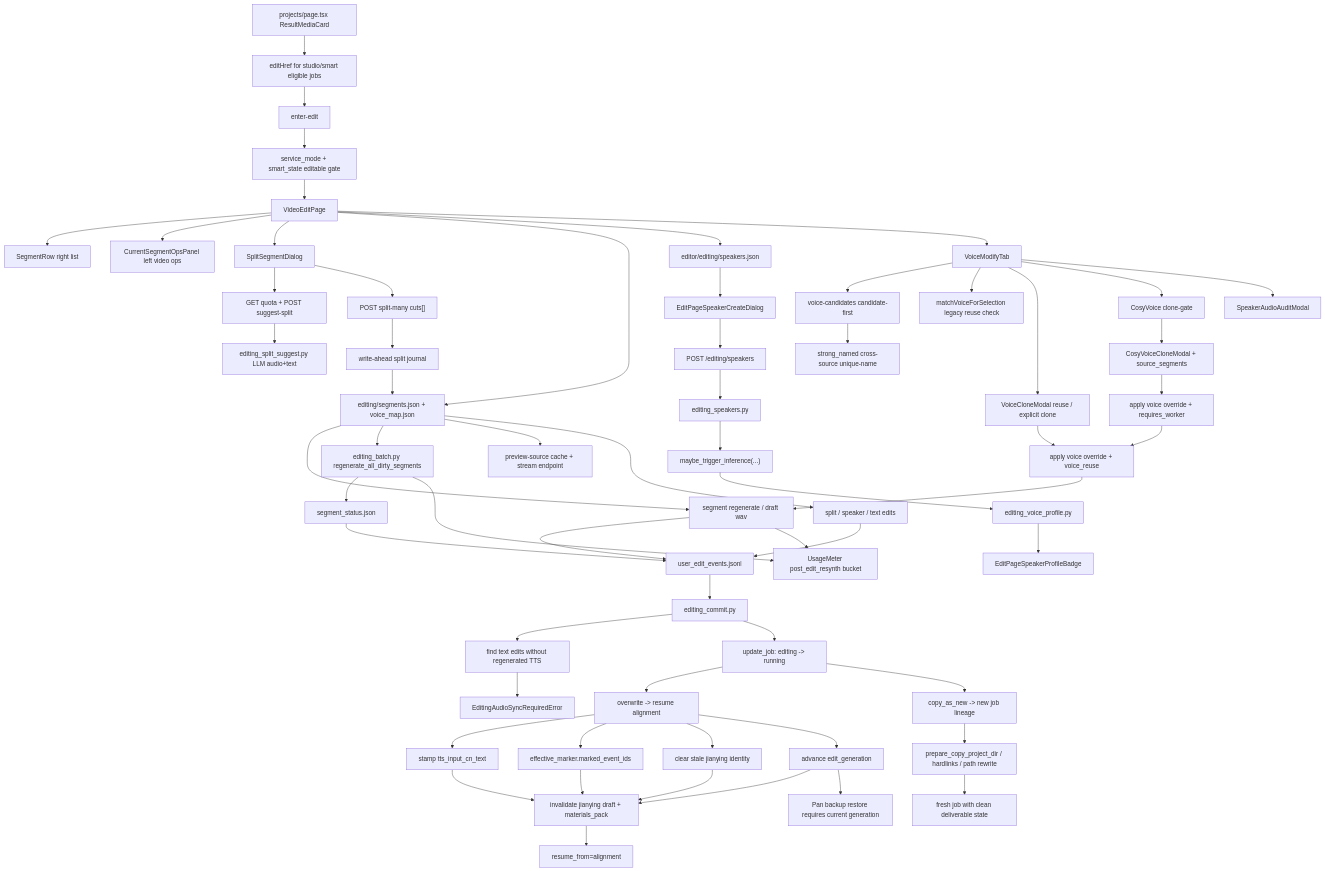
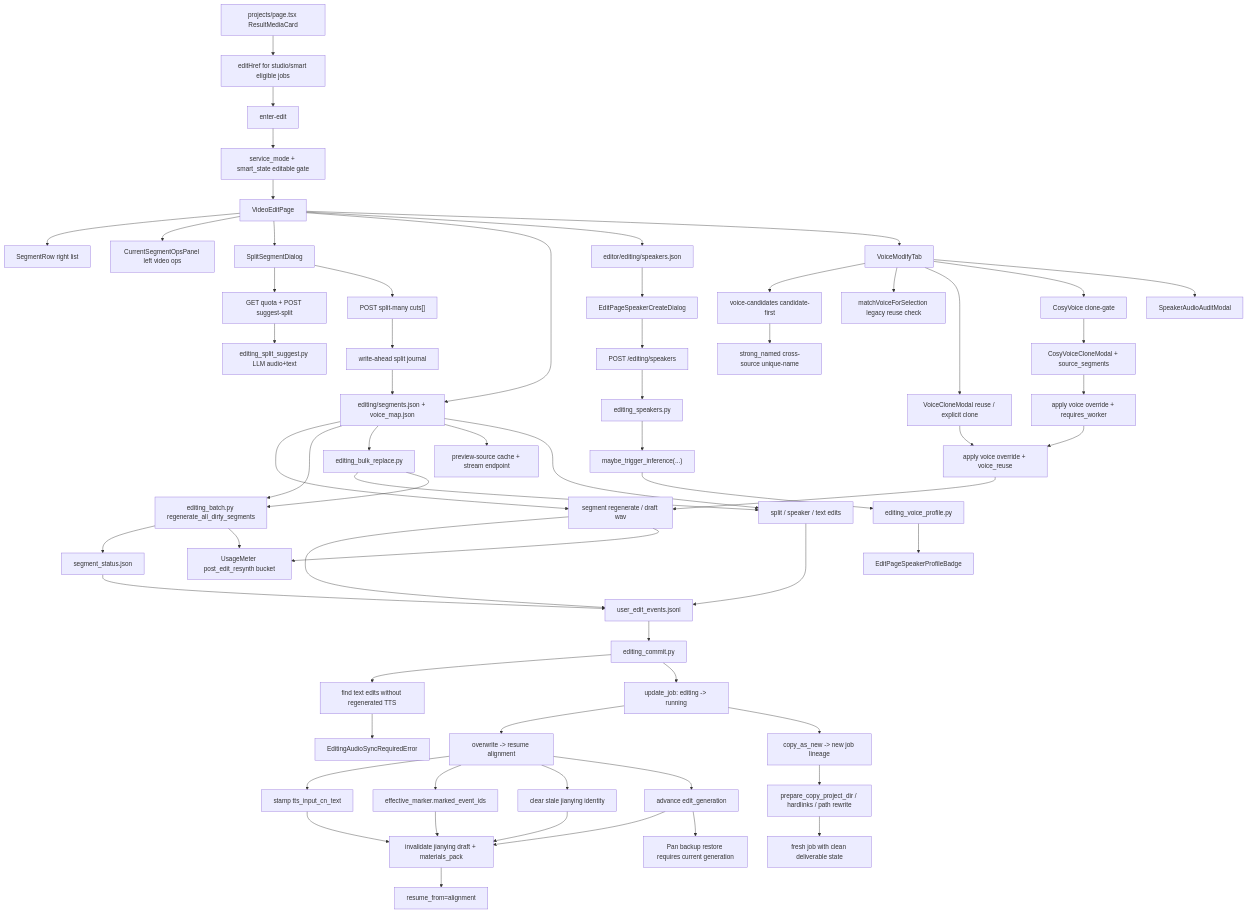
The diagram in docs/graphs/GITNEXUS_EDITING_POST_EDIT_GRAPH.md (sun9bear/AITransVideo), drawn with Mermaid before and after one commit. The commit also changed other lines of this file and 11 other files, not shown here.

Commit message:
docs: refresh GitNexus project graphs

````diff
--- a/docs/graphs/GITNEXUS_EDITING_POST_EDIT_GRAPH.md
+++ b/docs/graphs/GITNEXUS_EDITING_POST_EDIT_GRAPH.md
@@ -27,69 +28,72 @@
 ```mermaid
 graph TD
     Projects["projects/page.tsx ResultMediaCard"] --> EditHref["editHref for studio/smart eligible jobs"]
     EditHref --> EditEntry["enter-edit"]
     EditEntry --> ModeGate["service_mode + smart_state editable gate"]
     ModeGate --> EditPage["VideoEditPage"]
     EditPage --> SegmentRow["SegmentRow right list"]
     EditPage --> OpsPanel["CurrentSegmentOpsPanel left video ops"]
     EditPage --> SplitDialog["SplitSegmentDialog"]
     EditPage --> Segments["editing/segments.json + voice_map.json"]
     EditPage --> Speakers["editor/editing/speakers.json"]
     EditPage --> VoiceModify["VoiceModifyTab"]
     VoiceModify --> CandidateApi["voice-candidates candidate-first"]
     CandidateApi --> StrongNamed["strong_named cross-source unique-name"]
     VoiceModify --> ReuseMatch["matchVoiceForSelection legacy reuse check"]
     VoiceModify --> CloneModal["VoiceCloneModal reuse / explicit clone"]
     VoiceModify --> CosyGate["CosyVoice clone-gate"]
     CosyGate --> CosyCloneModal["CosyVoiceCloneModal + source_segments"]
     VoiceModify --> AudioAudit["SpeakerAudioAuditModal"]
     CloneModal --> VoiceOverride["apply voice override + voice_reuse"]
     CosyCloneModal --> WorkerOverride["apply voice override + requires_worker"]
     WorkerOverride --> VoiceOverride
 
     Speakers --> CreateDialog["EditPageSpeakerCreateDialog"]
     CreateDialog --> CreateApi["POST /editing/speakers"]
     CreateApi --> SpeakersSvc["editing_speakers.py"]
     SpeakersSvc --> ProfileKick["maybe_trigger_inference(...)"]
     ProfileKick --> ProfileJob["editing_voice_profile.py"]
     ProfileJob --> ProfileBadge["EditPageSpeakerProfileBadge"]
 
     Segments --> SingleTTS["segment regenerate / draft wav"]
     Segments --> BatchTTS["editing_batch.py regenerate_all_dirty_segments"]
+    Segments --> BulkReplace["editing_bulk_replace.py"]
     Segments --> PreviewSource["preview-source cache + stream endpoint"]
     Segments --> Structural["split / speaker / text edits"]
     SplitDialog --> SuggestSplit["GET quota + POST suggest-split"]
     SuggestSplit --> LLMSuggest["editing_split_suggest.py LLM audio+text"]
     SplitDialog --> SplitMany["POST split-many cuts[]"]
     SplitMany --> Journal["write-ahead split journal"]
     Journal --> Segments
 
     VoiceOverride --> SingleTTS
+    BulkReplace --> Structural
+    BulkReplace --> BatchTTS
     Structural --> Audit["user_edit_events.jsonl"]
     SingleTTS --> Audit
     SingleTTS --> Usage["UsageMeter post_edit_resynth bucket"]
     BatchTTS --> StatusMap["segment_status.json"]
     StatusMap --> Audit
     BatchTTS --> Usage
 
     Audit --> Commit["editing_commit.py"]
     Commit --> SyncCheck["find text edits without regenerated TTS"]
     SyncCheck --> Guard["EditingAudioSyncRequiredError"]
     Commit --> Claim["update_job: editing -> running"]
     Claim --> Overwrite["overwrite -> resume alignment"]
     Claim --> CopyNew["copy_as_new -> new job lineage"]
 
     Overwrite --> Stamp["stamp tts_input_cn_text"]
     Overwrite --> Marker["effective_marker.marked_event_ids"]
     Overwrite --> Retire["clear stale jianying identity"]
     Overwrite --> EditGen["advance edit_generation"]
     Stamp --> Reset["invalidate jianying draft + materials_pack"]
     Marker --> Reset
     Retire --> Reset
     EditGen --> Reset
     EditGen --> PanBoundary["Pan backup restore requires current generation"]
     Reset --> Resume["resume_from=alignment"]
 
     CopyNew --> Prepare["prepare_copy_project_dir / hardlinks / path rewrite"]
     Prepare --> NewJob["fresh job with clean deliverable state"]
 ```
````
